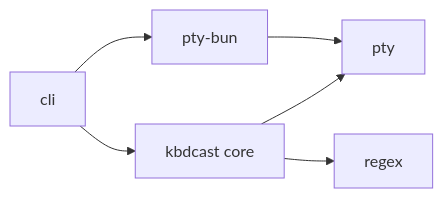
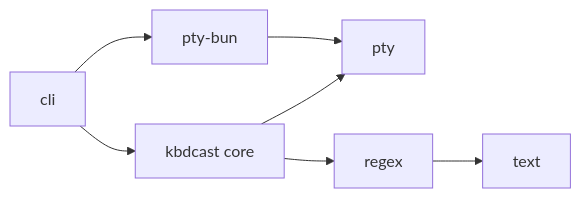
The second of 4 diagrams in docs/superpowers/specs/2026-11-23-kbdcast-design.md (kisepichu/kbdcast), drawn with Mermaid before and after one commit. The commit also changed other lines of this file and 10 other files, not shown here.

````diff
--- a/docs/superpowers/specs/2026-11-23-kbdcast-design.md
+++ b/docs/superpowers/specs/2026-11-23-kbdcast-design.md
@@ -169,8 +169,9 @@
 ```mermaid
 flowchart LR
   cli --> core[kbdcast core]
   cli --> bun[pty-bun]
   core --> pty
   core --> regex
+  regex --> text
   bun --> pty
 ```
````
